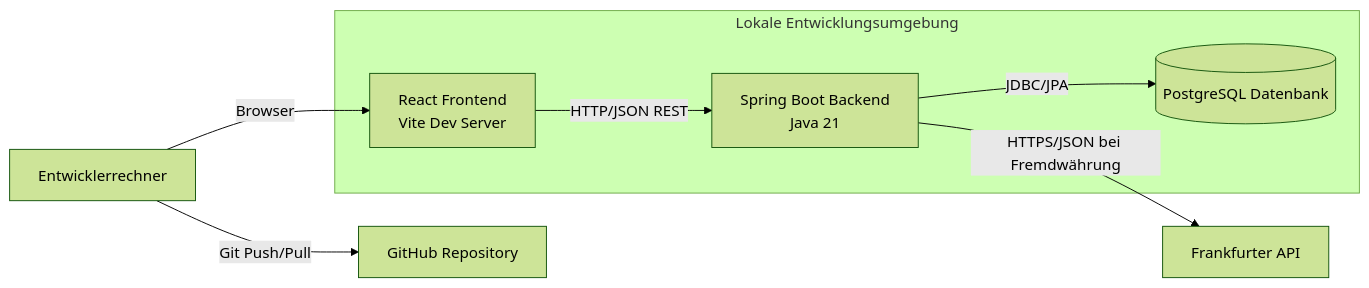
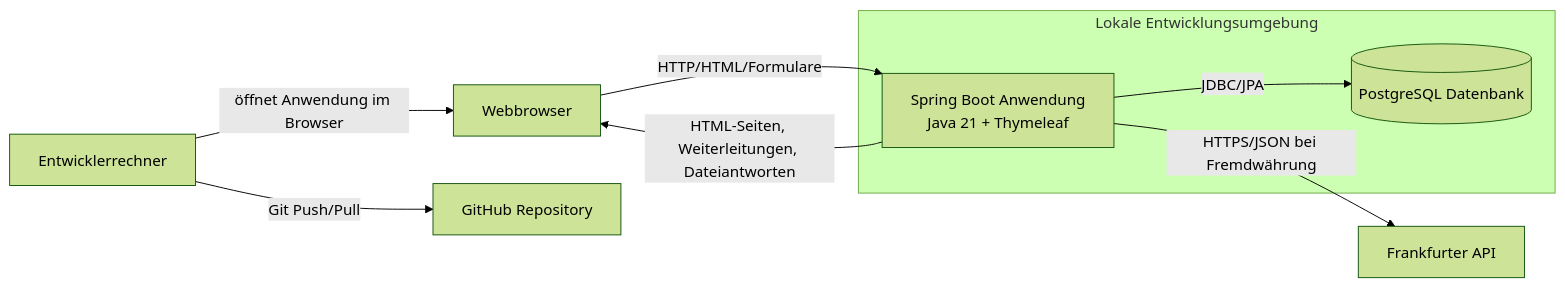
The first of 2 diagrams in Architektur/A07-deployment-view.md (Bunyamin0101/WK_1106_CampusSplit), drawn with Mermaid (forest theme) before and after one commit. The commit also changed other lines of this file, not shown here.

Commit message:
docs(arch): align A07 with thymeleaf deployment

````diff
--- a/Architektur/A07-deployment-view.md
+++ b/Architektur/A07-deployment-view.md
@@ -15,19 +17,20 @@
 ```mermaid
 flowchart LR
     DEV[Entwicklerrechner]
+    BROWSER[Webbrowser]
 
     subgraph LOCAL[Lokale Entwicklungsumgebung]
-        FE[React Frontend\nVite Dev Server]
-        BE[Spring Boot Backend\nJava 21]
+        APP[Spring Boot Anwendung\nJava 21 + Thymeleaf]
         DB[(PostgreSQL Datenbank)]
     end
 
     FX[Frankfurter API]
     GIT[GitHub Repository]
 
-    DEV -->|Browser| FE
-    FE -->|HTTP/JSON REST| BE
-    BE -->|JDBC/JPA| DB
-    BE -->|HTTPS/JSON bei Fremdwährung| FX
+    DEV -->|öffnet Anwendung im Browser| BROWSER
+    BROWSER -->|HTTP/HTML/Formulare| APP
+    APP -->|HTML-Seiten, Weiterleitungen, Dateiantworten| BROWSER
+    APP -->|JDBC/JPA| DB
+    APP -->|HTTPS/JSON bei Fremdwährung| FX
     DEV -->|Git Push/Pull| GIT
 ```
````
